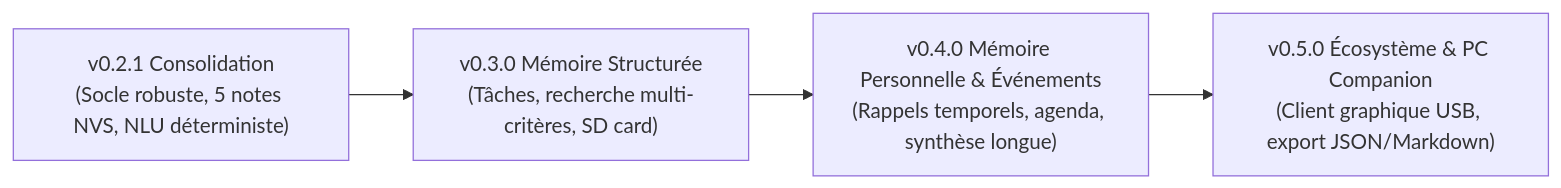
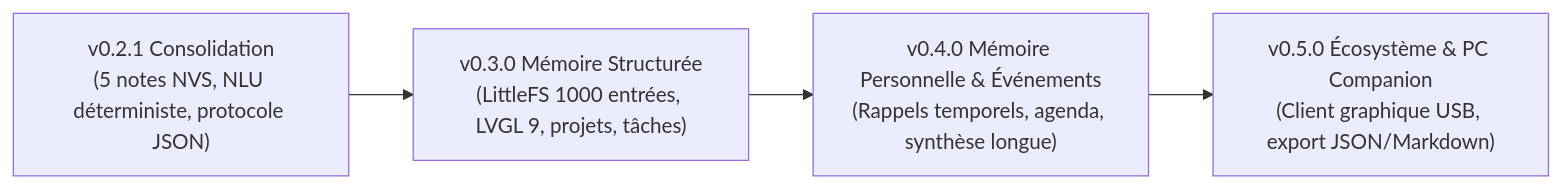
The diagram in docs/ROADMAP.md (calmtechnology-ch/VoiceJournal), drawn with Mermaid before and after one commit. The commit also changed other lines of this file and 51 other files, not shown here.

Commit message:
feat: implement v0.3.0 structured memory release with LittleFS, LVGL 9 UI, and services

````diff
--- a/docs/ROADMAP.md
+++ b/docs/ROADMAP.md
@@ -17,6 +11,6 @@
 ```mermaid
 flowchart LR
-    A["v0.2.1 Consolidation\n(Socle robuste, 5 notes NVS, NLU déterministe)"] --> B["v0.3.0 Mémoire Structurée\n(Tâches, recherche multi-critères, SD card)"]
+    A["v0.2.1 Consolidation\n(5 notes NVS, NLU déterministe, protocole JSON)"] --> B["v0.3.0 Mémoire Structurée\n(LittleFS 1000 entrées, LVGL 9, projets, tâches)"]
     B --> C["v0.4.0 Mémoire Personnelle & Événements\n(Rappels temporels, agenda, synthèse longue)"]
     C --> D["v0.5.0 Écosystème & PC Companion\n(Client graphique USB, export JSON/Markdown)"]
 ```
````
